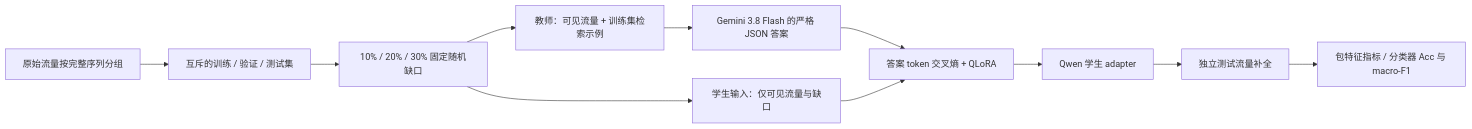
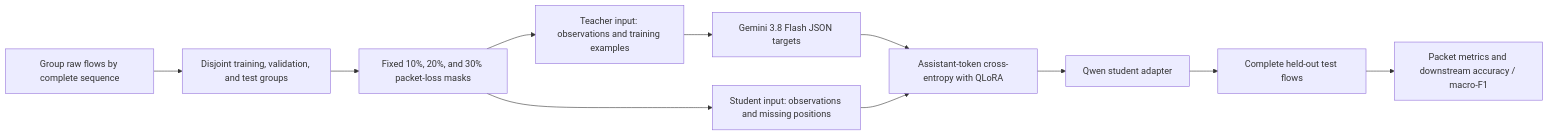
The diagram in README.md (nuwa-research-team/-nuwa-results), drawn with Mermaid before and after one commit. The commit also changed other lines of this file and 4 other files, not shown here.

````diff
--- a/README.md
+++ b/README.md
@@ -85,13 +94,13 @@
 ```mermaid
 flowchart LR
-    A[原始流量按完整序列分组] --> B[互斥的训练 / 验证 / 测试集]
-    B --> C[10% / 20% / 30% 固定随机缺口]
-    C --> D[教师：可见流量 + 训练集检索示例]
-    D --> E[Gemini 3.8 Flash 的严格 JSON 答案]
-    C --> F[学生输入：仅可见流量与缺口]
-    E --> G[答案 token 交叉熵 + QLoRA]
+    A[Group raw flows by complete sequence] --> B[Disjoint training, validation, and test groups]
+    B --> C[Fixed 10%, 20%, and 30% packet-loss masks]
+    C --> D[Teacher input: observations and training examples]
+    D --> E[Gemini 3.8 Flash JSON targets]
+    C --> F[Student input: observations and missing positions]
+    E --> G[Assistant-token cross-entropy with QLoRA]
     F --> G
-    G --> H[Qwen 学生 adapter]
-    H --> I[独立测试流量补全]
-    I --> J[包特征指标 / 分类器 Acc 与 macro-F1]
+    G --> H[Qwen student adapter]
+    H --> I[Complete held-out test flows]
+    I --> J[Packet metrics and downstream accuracy / macro-F1]
 ```
````
